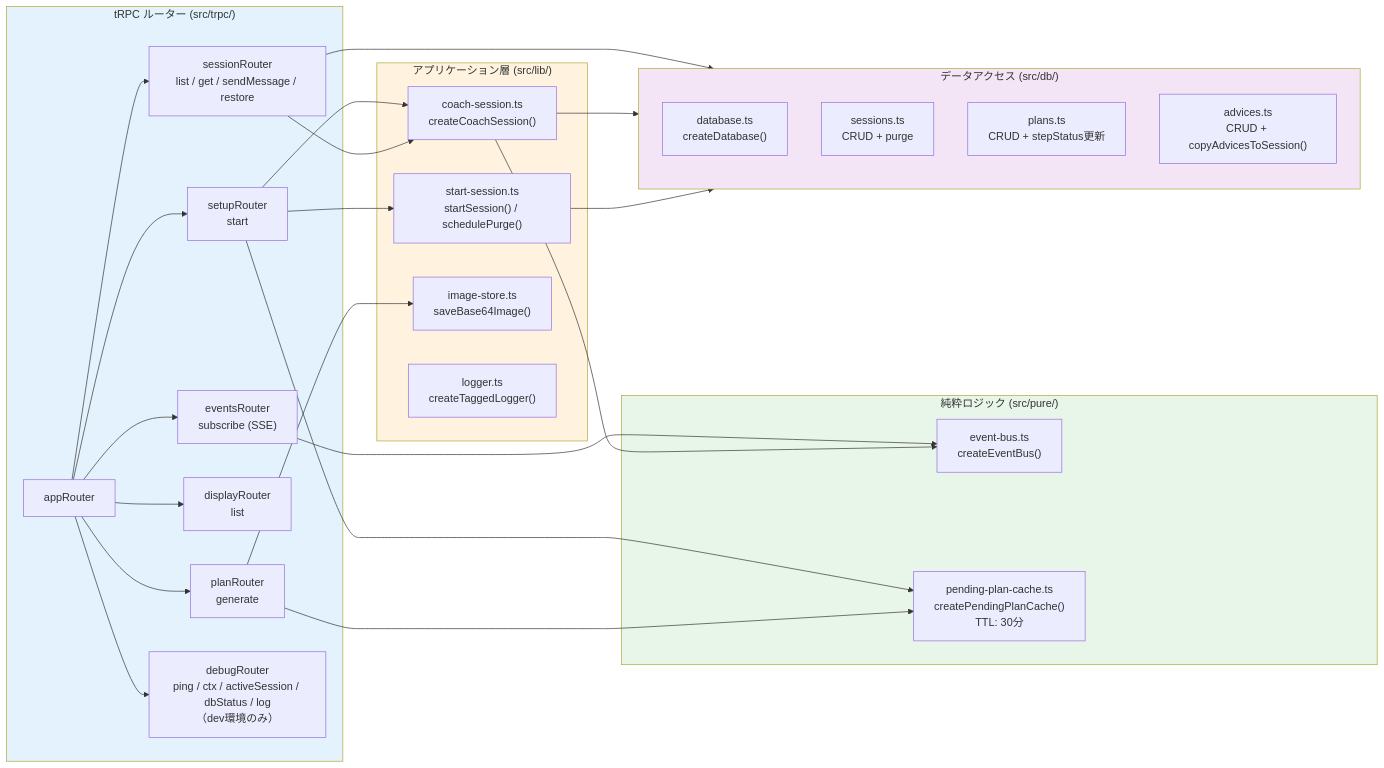
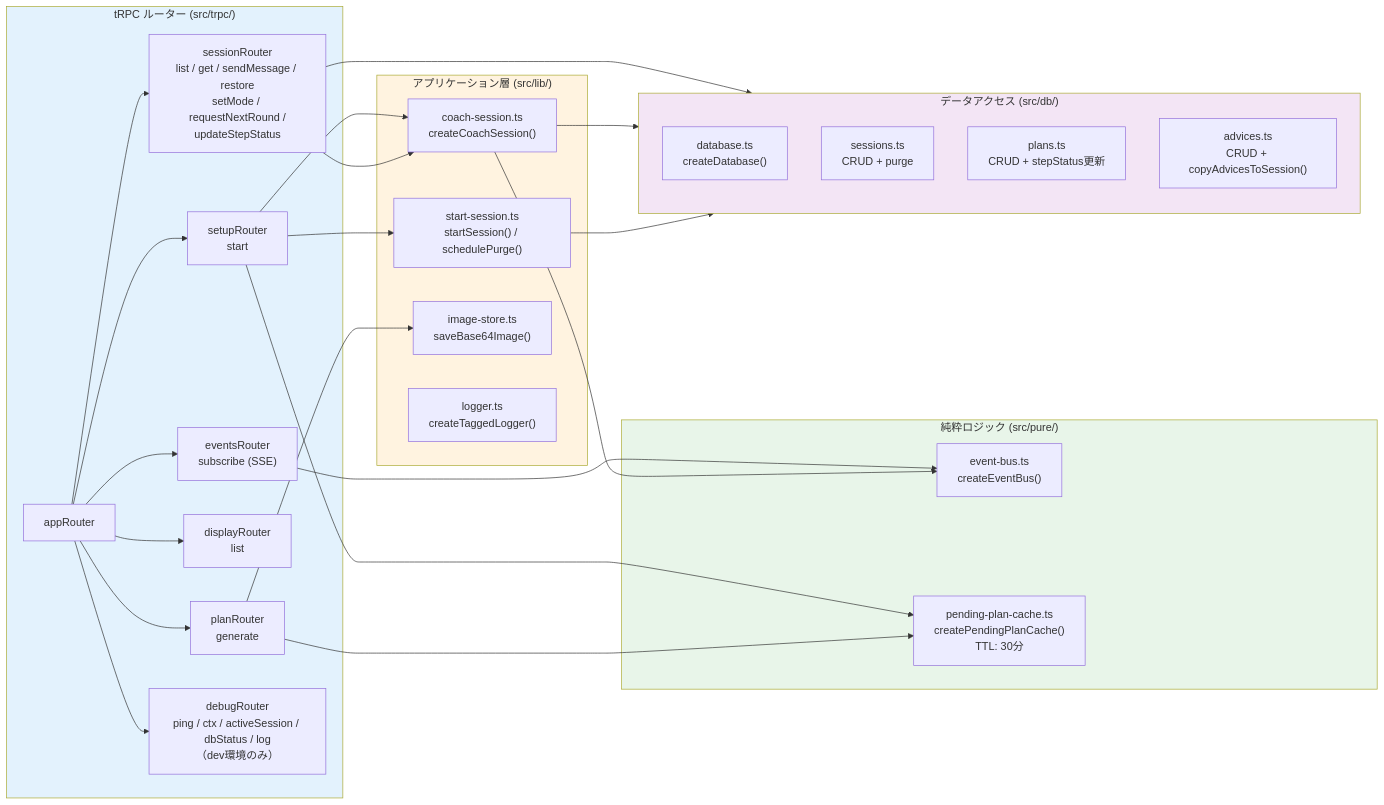
Before and after one commit to yukaorange/dcc_suport: diagram 27 of 30 in docs/architecture.md, drawn with Mermaid. The commit also changed other lines of this file and 1 other file, not shown here.

Commit message:
chore(docs): アーキテクチャ図とクライアント用リーディングガイドの更新

````diff
--- a/docs/architecture.md
+++ b/docs/architecture.md
@@ -812,44 +909,44 @@
 ```mermaid
 flowchart LR
     subgraph trpc ["tRPC ルーター (src/trpc/)"]
         Router["appRouter"]
-        Session["sessionRouter<br>list / get / sendMessage / restore"]
+        Session["sessionRouter<br>list / get / sendMessage / restore<br>setMode / requestNextRound /<br>updateStepStatus"]
         Plan["planRouter<br>generate"]
         Setup["setupRouter<br>start"]
         Display["displayRouter<br>list"]
         Events["eventsRouter<br>subscribe (SSE)"]
         Debug["debugRouter<br>ping / ctx / activeSession / dbStatus / log<br>（dev環境のみ）"]
     end
 
     subgraph lib ["アプリケーション層 (src/lib/)"]
         CoachSession["coach-session.ts<br>createCoachSession()"]
         StartSession["start-session.ts<br>startSession() / schedulePurge()"]
         ImageStore["image-store.ts<br>saveBase64Image()"]
         Logger["logger.ts<br>createTaggedLogger()"]
     end
 
     subgraph pure ["純粋ロジック (src/pure/)"]
         EventBus["event-bus.ts<br>createEventBus()"]
         PlanCache["pending-plan-cache.ts<br>createPendingPlanCache()<br>TTL: 30分"]
     end
 
     subgraph db ["データアクセス (src/db/)"]
         Database["database.ts<br>createDatabase()"]
         Sessions["sessions.ts<br>CRUD + purge"]
         Plans["plans.ts<br>CRUD + stepStatus更新"]
         Advices["advices.ts<br>CRUD + copyAdvicesToSession()"]
     end
 
     Router --> Session & Plan & Setup & Display & Events & Debug
     Setup --> CoachSession & StartSession & PlanCache
     Session --> CoachSession & db
     Plan --> PlanCache & ImageStore
     Events --> EventBus
     CoachSession --> EventBus & db
     StartSession --> db
 
     style trpc fill:#e3f2fd
     style lib fill:#fff3e0
     style pure fill:#e8f5e9
     style db fill:#f3e5f5
 ```
````
